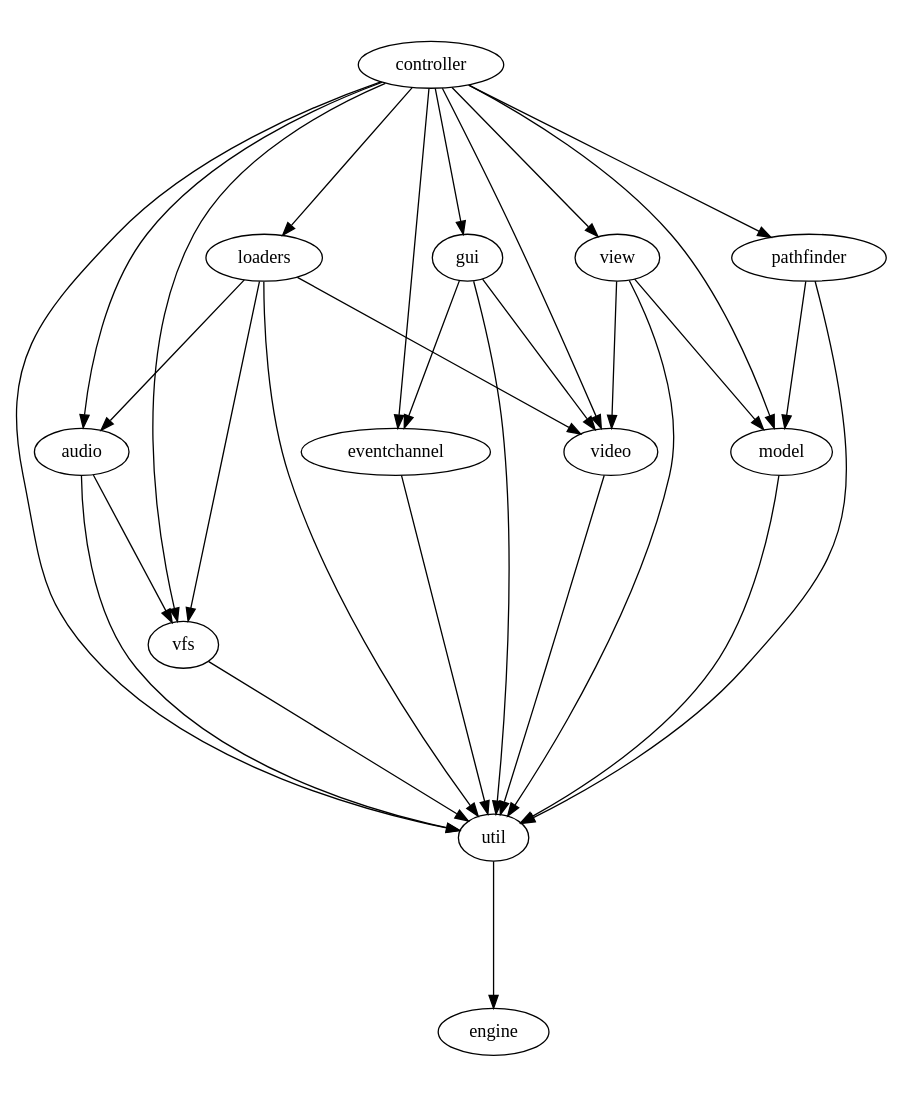
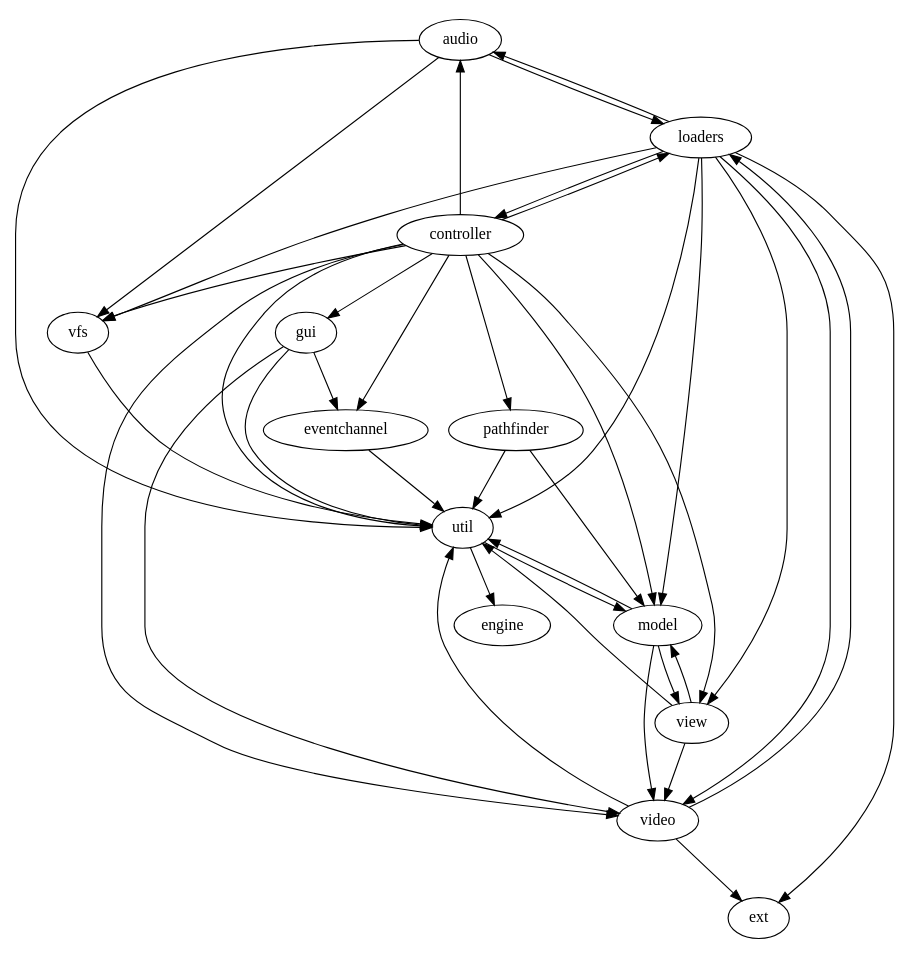
One commit to fifengine/fifengine changed the diagram in doc/dependencies/moduledeps.dot. Above: the diagram before and after it, drawn with Graphviz. The commit also changed 5 other files, not shown here.

Commit message:
Updating the dependency graphs for fun.  There is a bug it seems in dep_analyzer.py that prevents the png and ps files to be generated to I generated them manually until I can look at it further. [t:554]

```diff
--- a/doc/dependencies/moduledeps.dot
+++ b/doc/dependencies/moduledeps.dot
@@ -1,37 +1,47 @@
 digraph "source tree" {
     overlap=scale;
     size="8,10";
     ratio="fill";
     fontsize="16";
     fontname="Helvetica";
     clusterrank="local";
+    "audio" -> "loaders"
     "audio" -> "util"
     "audio" -> "vfs"
     "controller" -> "audio"
     "controller" -> "eventchannel"
     "controller" -> "gui"
     "controller" -> "loaders"
     "controller" -> "model"
     "controller" -> "pathfinder"
     "controller" -> "util"
     "controller" -> "vfs"
     "controller" -> "video"
     "controller" -> "view"
     "eventchannel" -> "util"
     "gui" -> "eventchannel"
     "gui" -> "util"
     "gui" -> "video"
     "loaders" -> "audio"
+    "loaders" -> "controller"
+    "loaders" -> "ext"
+    "loaders" -> "model"
     "loaders" -> "util"
     "loaders" -> "vfs"
     "loaders" -> "video"
+    "loaders" -> "view"
     "model" -> "util"
+    "model" -> "video"
+    "model" -> "view"
     "pathfinder" -> "model"
     "pathfinder" -> "util"
     "util" -> "engine"
+    "util" -> "model"
     "vfs" -> "util"
+    "video" -> "ext"
+    "video" -> "loaders"
     "video" -> "util"
     "view" -> "model"
     "view" -> "util"
     "view" -> "video"
 }
```
